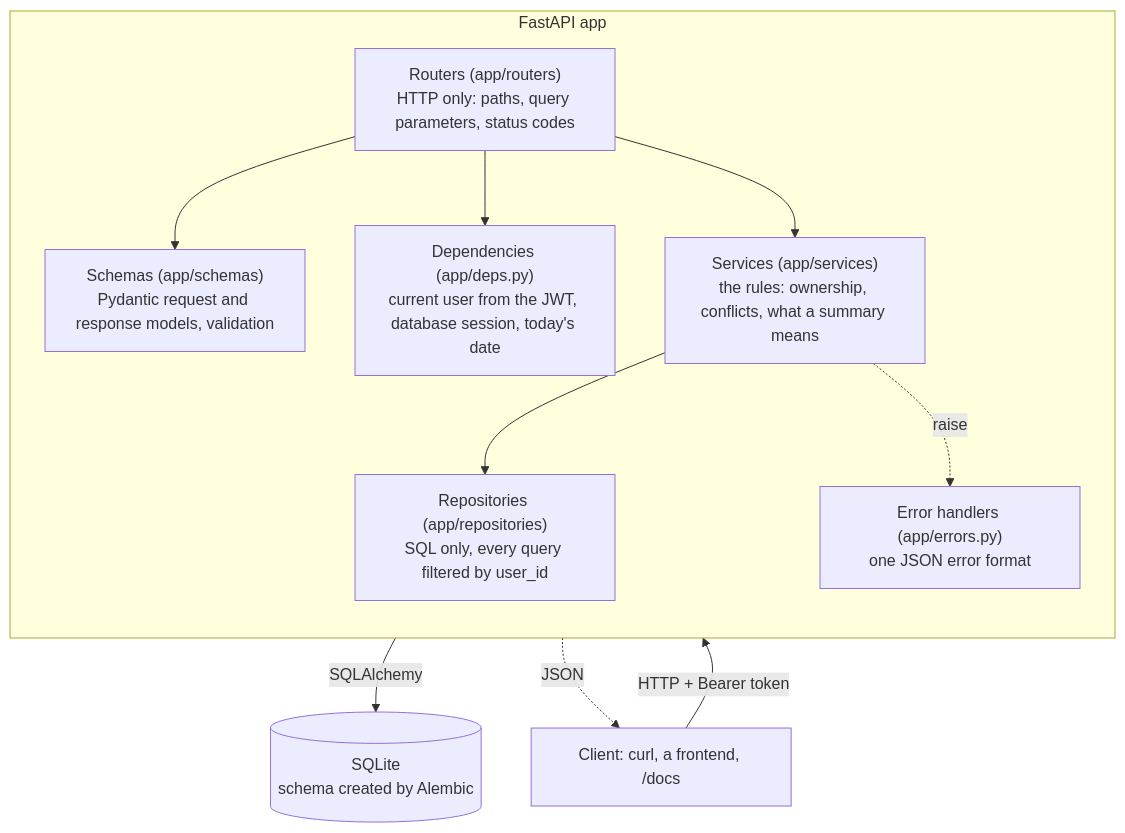
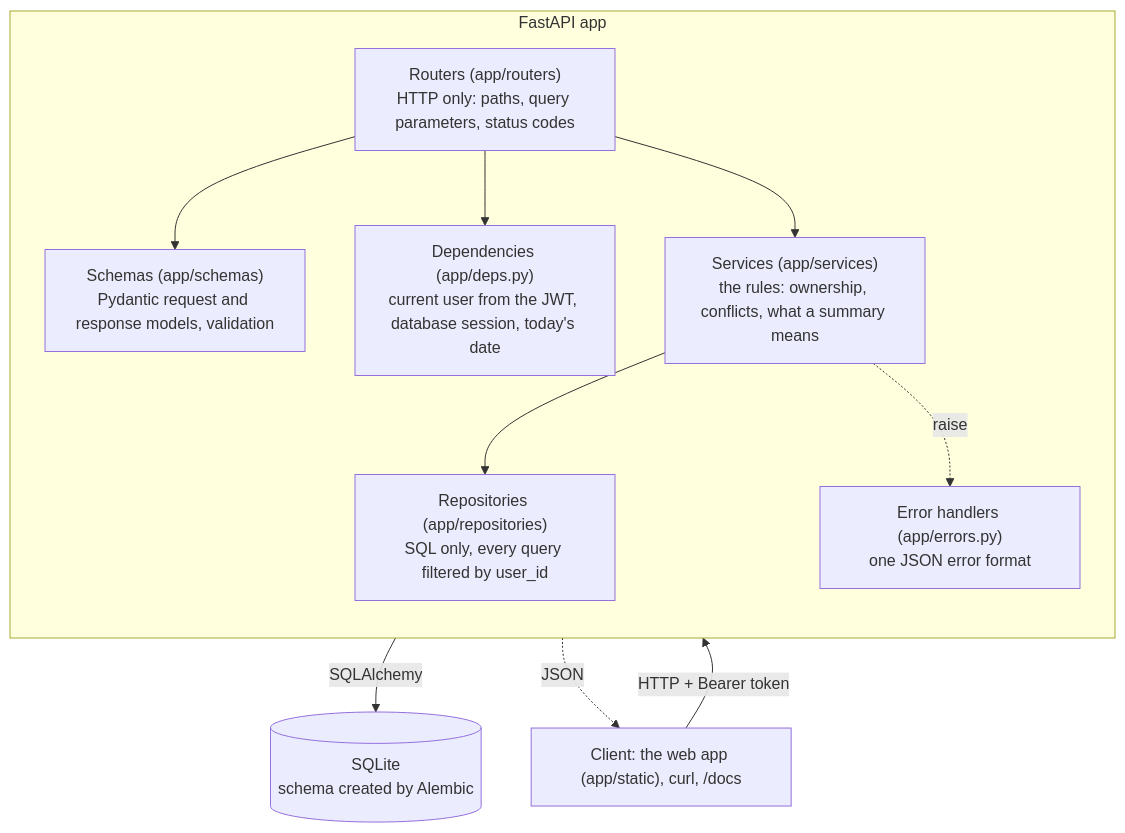
Before and after one commit to Omkar210404/Expense-Tracker-API: the diagram in README.md, drawn with Mermaid. The commit also changed other lines of this file and 6 other files, not shown here.

Commit message:
Add web app screenshots and document the web app in the README

````diff
--- a/README.md
+++ b/README.md
@@ -32,25 +33,25 @@
 ```mermaid
 flowchart TD
-    client["Client: curl, a frontend, /docs"]
+    client["Client: the web app (app/static), curl, /docs"]
 
     subgraph app ["FastAPI app"]
         direction TB
         routers["Routers (app/routers)<br/>HTTP only: paths, query parameters, status codes"]
         schemas["Schemas (app/schemas)<br/>Pydantic request and response models, validation"]
         deps["Dependencies (app/deps.py)<br/>current user from the JWT, database session, today's date"]
         services["Services (app/services)<br/>the rules: ownership, conflicts, what a summary means"]
         repositories["Repositories (app/repositories)<br/>SQL only, every query filtered by user_id"]
         errors["Error handlers (app/errors.py)<br/>one JSON error format"]
     end
 
     db[("SQLite<br/>schema created by Alembic")]
 
     client -->|"HTTP + Bearer token"| routers
     routers --> schemas
     routers --> deps
     routers --> services
     services --> repositories
     repositories -->|SQLAlchemy| db
     services -. raise .-> errors
     errors -. JSON .-> client
 ```
````
